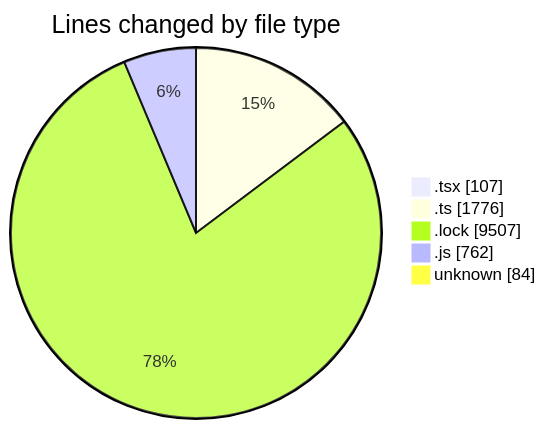
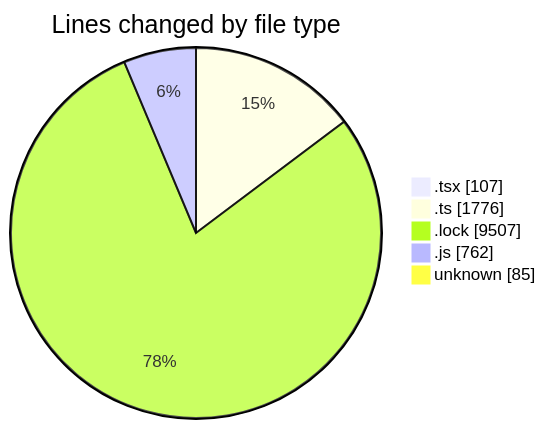
The first of 2 diagrams in 2026-02-18/cda/README.md (momahboobian/code-tracking), drawn with Mermaid before and after one commit. The commit also changed other lines of this file and 1 other file, not shown here.

````diff
--- a/2026-02-18/cda/README.md
+++ b/2026-02-18/cda/README.md
@@ -27,9 +27,9 @@
 ```mermaid
 pie showData
 title Lines changed by file type
 ".tsx" : 107
 ".ts" : 1776
 ".lock" : 9507
 ".js" : 762
-"unknown" : 84
+"unknown" : 85
 ```
````
